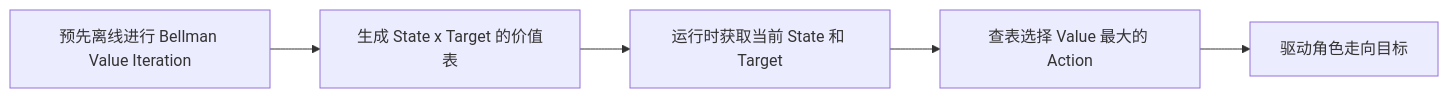
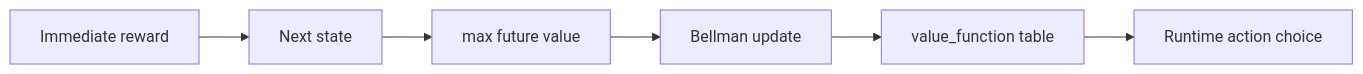
Before and after one commit to EvihGraphics/AnimationTech-HTC: the sixth of 6 diagrams in docs/blog/AnimationPapers/precomputing_avatar_behavior/README.md, drawn with Mermaid. The commit also changed other lines of this file and 27 other files, not shown here.

````diff
--- a/docs/blog/AnimationPapers/precomputing_avatar_behavior/README.md
+++ b/docs/blog/AnimationPapers/precomputing_avatar_behavior/README.md
@@ -150,7 +124,8 @@
 ```mermaid
 flowchart LR
-    A[预先离线进行 Bellman Value Iteration] --> B[生成 State x Target 的价值表]
-    B --> C[运行时获取当前 State 和 Target]
-    C --> D[查表选择 Value 最大的 Action]
-    D --> E[驱动角色走向目标]
+    A[Immediate reward] --> B[Next state]
+    B --> C[max future value]
+    C --> D[Bellman update]
+    D --> E[value_function table]
+    E --> F[Runtime action choice]
 ```
````
